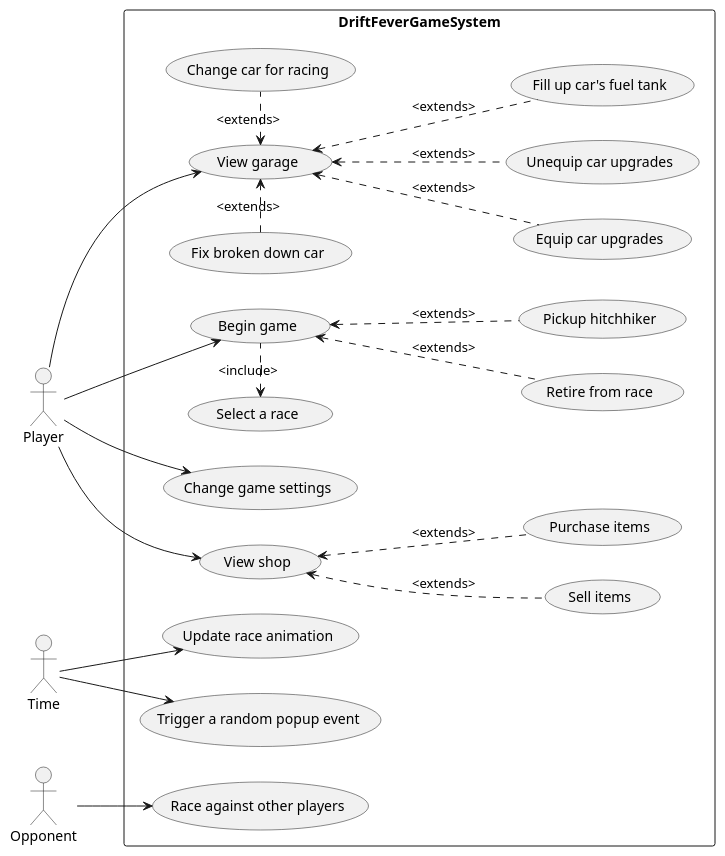
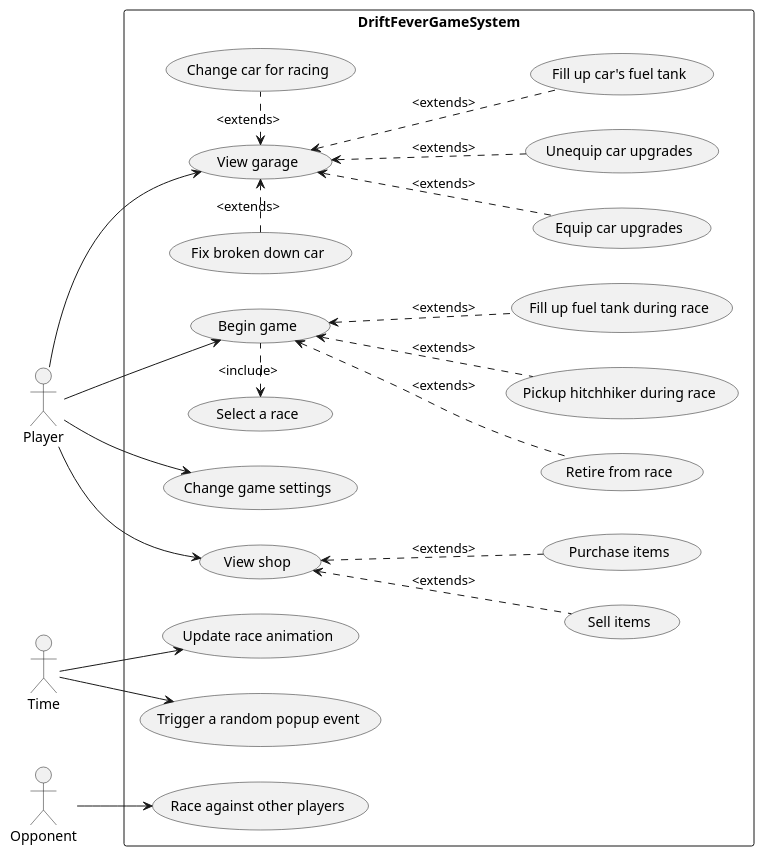
Before and after one commit to riz3ndrr/seng201-project-driftfever: the diagram in uml-diagrams/use-case.puml, drawn with PlantUML. The commit also changed 13 other files, not shown here.

```diff
--- a/uml-diagrams/use-case.puml
+++ b/uml-diagrams/use-case.puml
@@ -1,46 +1,47 @@
 @startuml
 'Alt + D to preview
 
 
 left to right direction
 
 :Player: as Player
 
 :Time: as Time
 :Opponent: as Opp
 rectangle DriftFeverGameSystem {
 
 Player --> (Change game settings)
 
 
 Player --> (View garage)  
 (View garage) <.. (Equip car upgrades) : <extends>
 (View garage) <.. (Unequip car upgrades) : <extends>
 (View garage) <.left. (Fix broken down car) : <extends>
 (View garage) <.right. (Change car for racing) : <extends>
 (View garage) <.. (Fill up car's fuel tank) : <extends>
 
 Player --> (View shop)
 (View shop) <.. (Sell items) : <extends>
 (View shop) <.. (Purchase items) : <extends>
 
 
 
 Player --> (Begin game)
 (Begin game) .-left.> (Select a race) : <include>
 (Begin game) <.. (Retire from race) : <extends>
-(Begin game) <.. (Pickup hitchhiker) : <extends>
+(Begin game) <.. (Pickup hitchhiker during race) : <extends>
+(Begin game) <.. (Fill up fuel tank during race) : <extends>
 
 
 Time --> (Update race animation)
 Time --> (Trigger a random popup event)
 
 Opp --> (Race against other players)
 
 }
 
 
 
 
 
 @enduml
```
